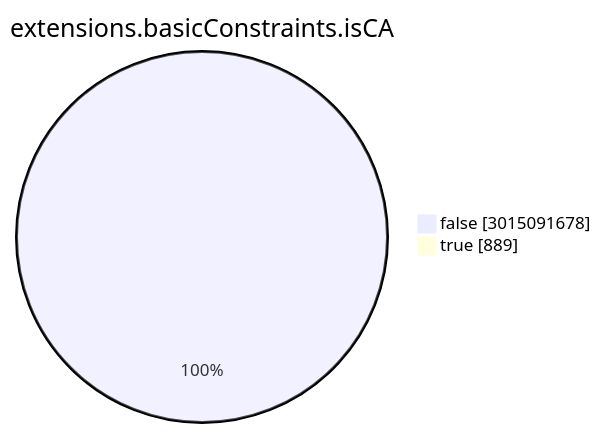
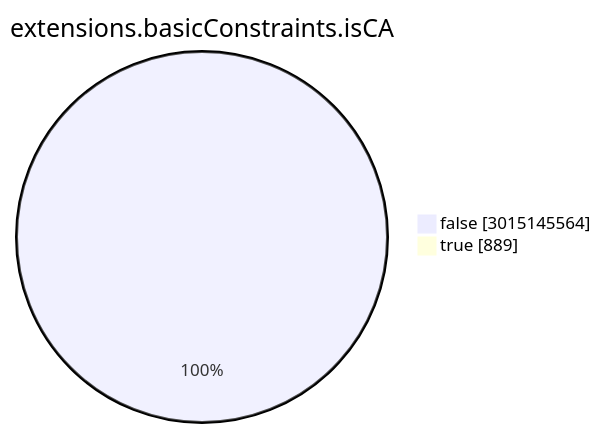
One commit to christiankrug/ctmonitor_visualization changed the seventh of 15 diagrams in TOTAL/README.md. Above: the diagram before and after it, drawn with Mermaid. The commit also changed other lines of this file, not shown here.

````diff
--- a/TOTAL/README.md
+++ b/TOTAL/README.md
@@ -3082,6 +3082,6 @@
 ```mermaid
 pie showData
 title extensions.basicConstraints.isCA
-"false" :3015091678
+"false" :3015145564
 "true" :889
 ```
````
